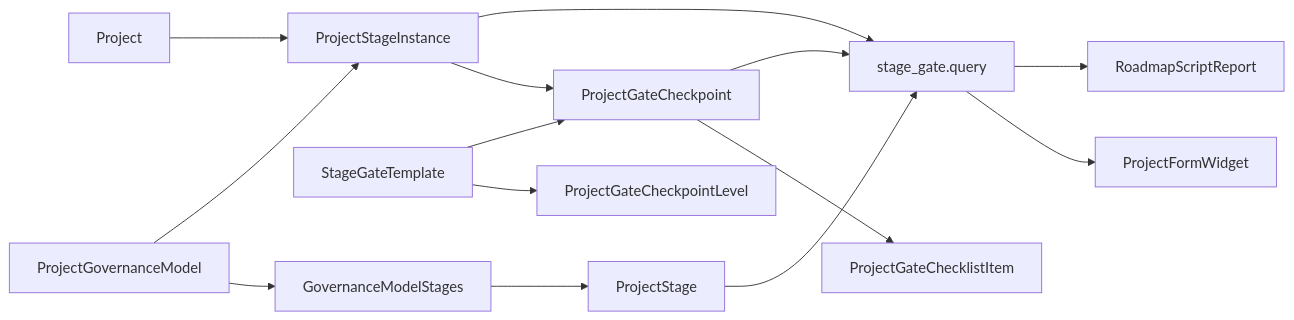
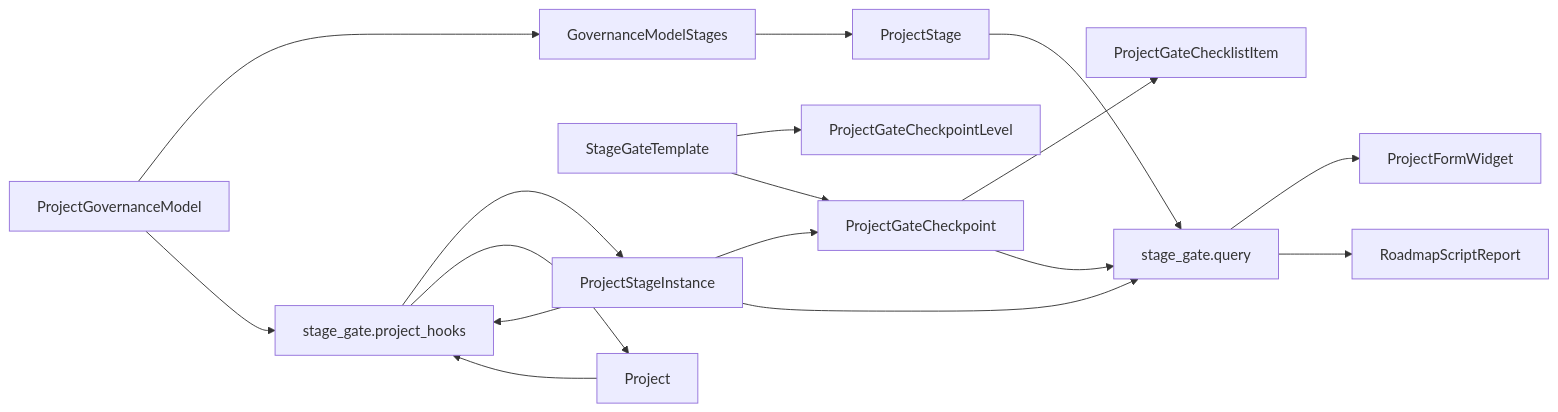
Before and after one commit to Dinext-pro/dinext-project-stage-gate: the diagram in README.md, drawn with Mermaid. The commit also changed other lines of this file and 14 other files, not shown here.

First line of the commit message:
feat: enhance project governance model functionality and documentation

````diff
--- a/README.md
+++ b/README.md
@@ -227,29 +238,33 @@
 ```mermaid
 flowchart LR
   GovernanceModel[ProjectGovernanceModel]
   ModelStages[GovernanceModelStages]
   StageRegistry[ProjectStage]
   CheckpointLevels[ProjectGateCheckpointLevel]
   GateTemplate[StageGateTemplate]
   ProjectDoc[Project]
+  ProjectHooks[stage_gate.project_hooks]
   StageInstances[ProjectStageInstance]
   Checkpoints[ProjectGateCheckpoint]
   Checklist[ProjectGateChecklistItem]
   QueryLayer[stage_gate.query]
   ProjectWidget[ProjectFormWidget]
   RoadmapReport[RoadmapScriptReport]
 
   GovernanceModel --> ModelStages
   ModelStages --> StageRegistry
   GateTemplate --> CheckpointLevels
-  ProjectDoc --> StageInstances
-  GovernanceModel --> StageInstances
+  ProjectDoc --> ProjectHooks
+  GovernanceModel --> ProjectHooks
+  ProjectHooks --> StageInstances
+  ProjectHooks --> ProjectDoc
   StageInstances --> Checkpoints
   GateTemplate --> Checkpoints
   Checkpoints --> Checklist
+  StageInstances --> ProjectHooks
   StageInstances --> QueryLayer
   Checkpoints --> QueryLayer
   StageRegistry --> QueryLayer
   QueryLayer --> ProjectWidget
   QueryLayer --> RoadmapReport
 ```
````
